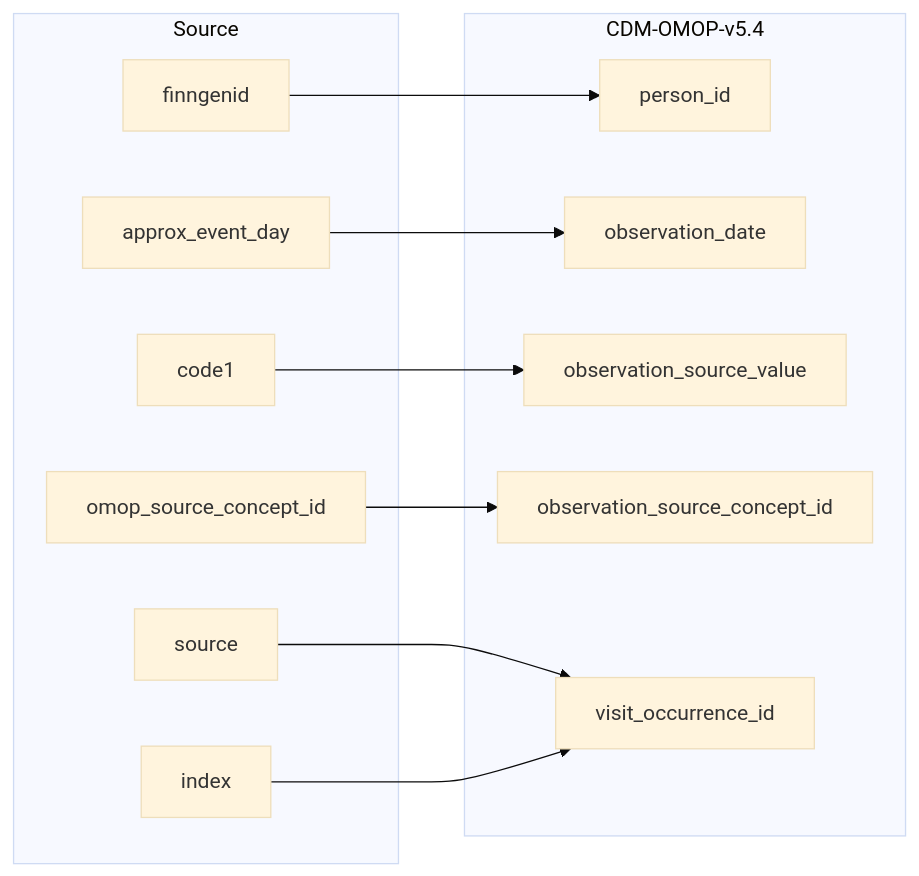
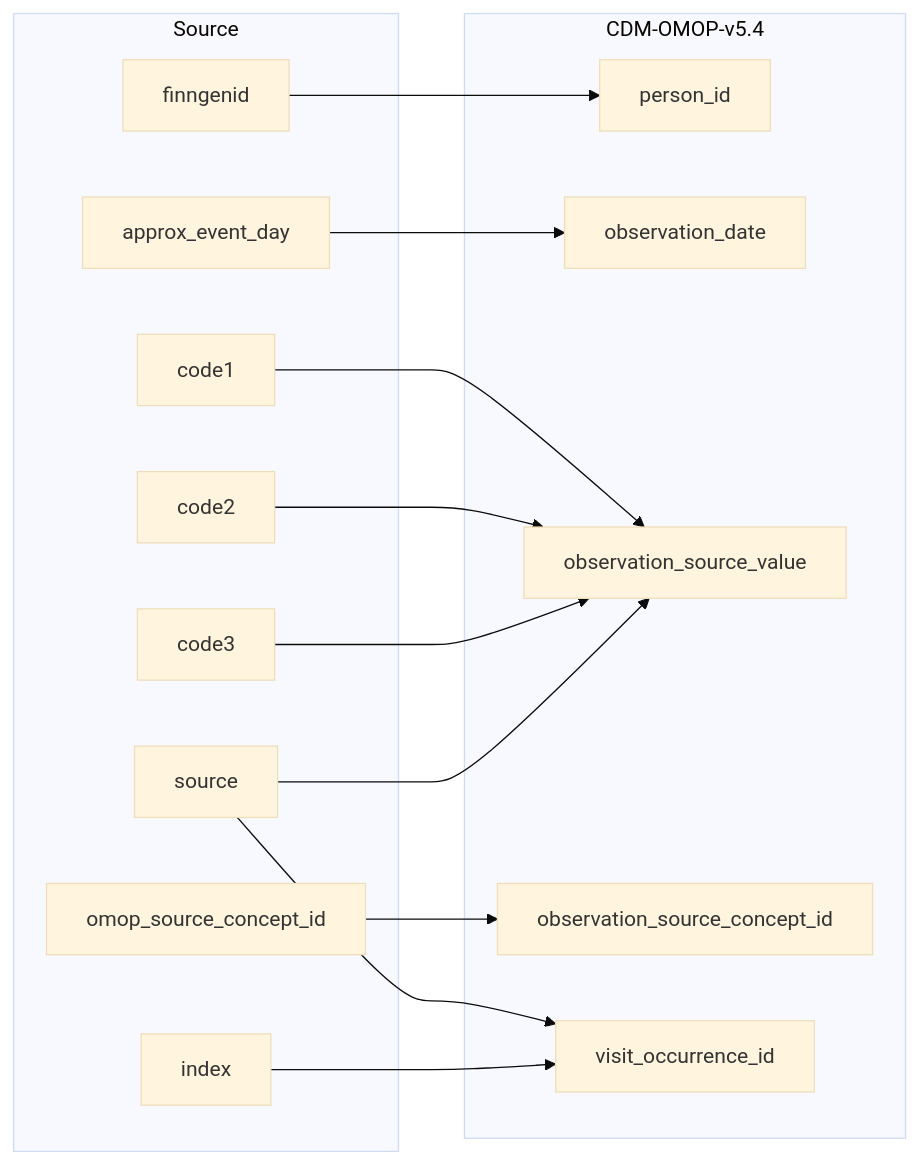
The diagram in 2_etl_specifications/documentation/stem_to_observation.md (FINNGEN/ETL), drawn with Mermaid before and after one commit. The commit also changed other lines of this file and 14 other files, not shown here.

First line of the commit message:
Add SOURCE to _source_value in all domain tables (condition, procedure, device, measurement, observation)

````diff
--- a/2_etl_specifications/documentation/stem_to_observation.md
+++ b/2_etl_specifications/documentation/stem_to_observation.md
@@ -10,28 +10,33 @@
 ```mermaid
 %%{init: {'theme': 'base' } }%%
 %%{init: {'theme': 'base' } }%%
 flowchart LR
     subgraph Source
         finngenid
         source
         approx_event_day
         code1
+        code2
+        code3
         index
         omop_source_concept_id
     end
 
     subgraph CDM-OMOP-v5.4
         person_id
         observation_date
         observation_source_value
         observation_source_concept_id
         visit_occurrence_id
     end
 
     finngenid-->person_id
     approx_event_day-->observation_date
     code1-->observation_source_value
+    code2-->observation_source_value
+    code3-->observation_source_value
+    source-->observation_source_value
     omop_source_concept_id-->observation_source_concept_id
     source-->visit_occurrence_id
     index-->visit_occurrence_id
 ```
````
